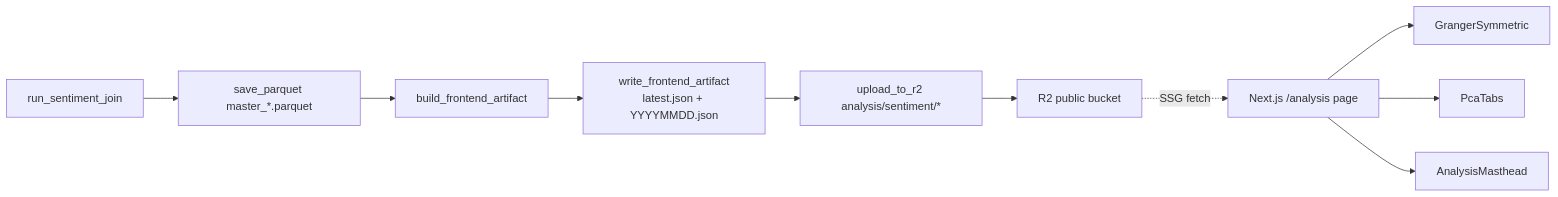
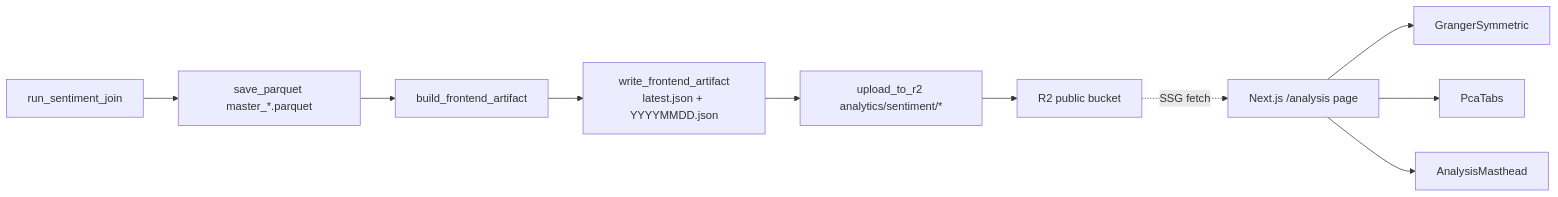
Before and after one commit to froggy-0/news: the diagram in docs/specs/sentiment-insight-visualization/design.md, drawn with Mermaid. The commit also changed other lines of this file and 4 other files, not shown here.

````diff
--- a/docs/specs/sentiment-insight-visualization/design.md
+++ b/docs/specs/sentiment-insight-visualization/design.md
@@ -14,12 +14,12 @@
 ```mermaid
 flowchart LR
     A[run_sentiment_join] --> B[save_parquet master_*.parquet]
     B --> C[build_frontend_artifact]
     C --> D[write_frontend_artifact<br/>latest.json + YYYYMMDD.json]
-    D --> E[upload_to_r2 analysis/sentiment/*]
+    D --> E[upload_to_r2 analytics/sentiment/*]
     E --> F[R2 public bucket]
     F -.SSG fetch.-> G[Next.js /analysis page]
     G --> H1[GrangerSymmetric]
     G --> H2[PcaTabs]
     G --> H3[AnalysisMasthead]
 ```
````
